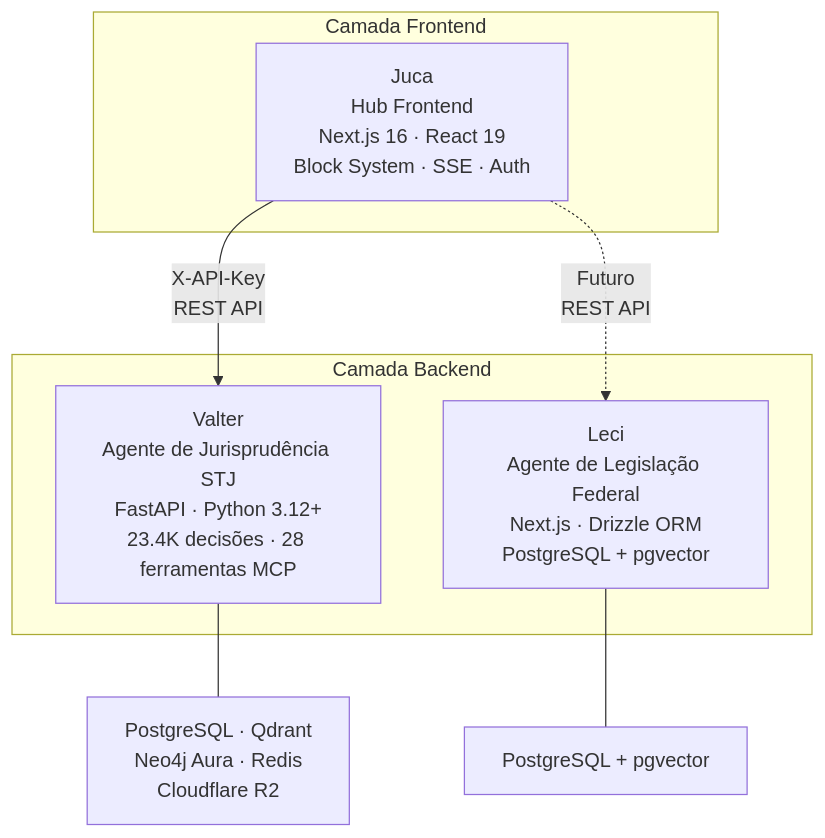
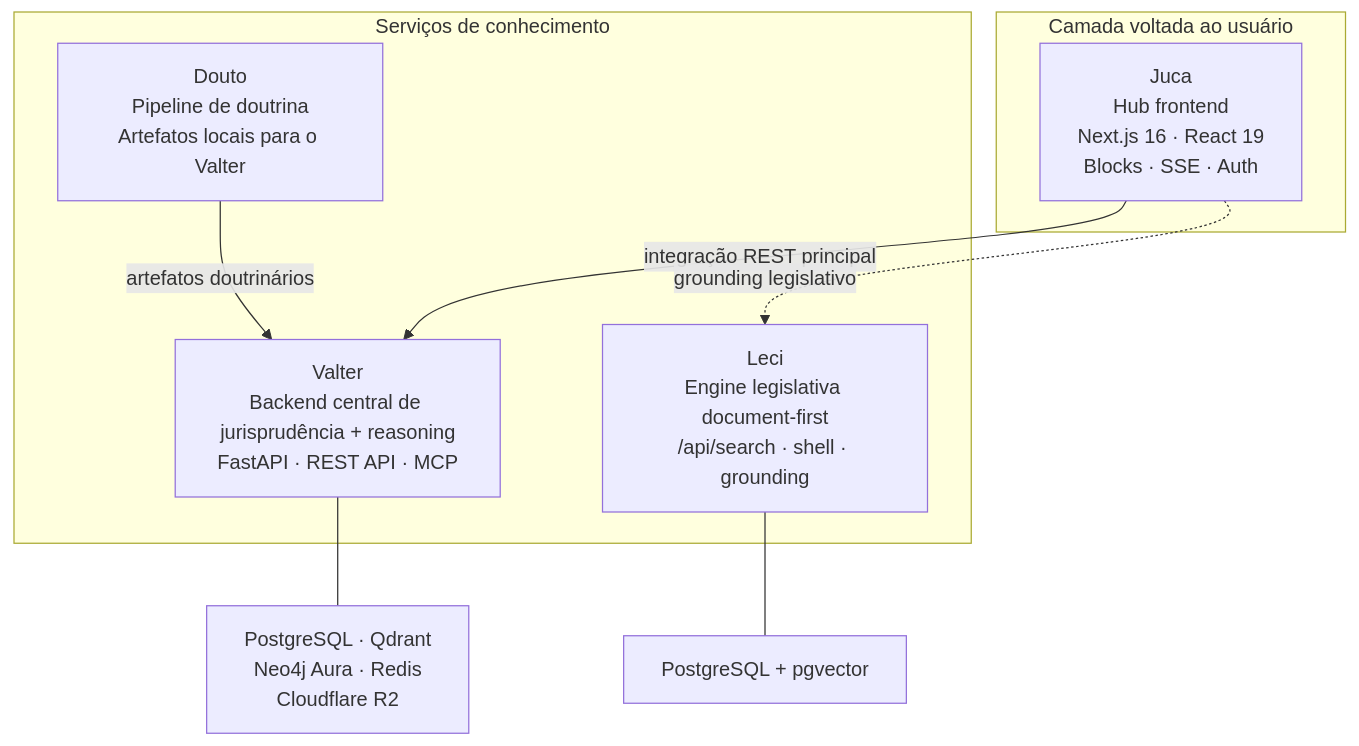
Before and after one commit to sensdiego/sens.legal: the diagram in sites/juca/src/content/docs/pt-br/architecture/ecosystem.md, drawn with Mermaid. The commit also changed other lines of this file and 57 other files, not shown here.

````diff
--- a/sites/juca/src/content/docs/pt-br/architecture/ecosystem.md
+++ b/sites/juca/src/content/docs/pt-br/architecture/ecosystem.md
@@ -15,16 +15,18 @@
 ```mermaid
 graph TB
-    subgraph "Camada Frontend"
-        Juca["Juca<br/>Hub Frontend<br/>Next.js 16 · React 19<br/>Block System · SSE · Auth"]
+    subgraph "Camada voltada ao usuário"
+        Juca["Juca<br/>Hub frontend<br/>Next.js 16 · React 19<br/>Blocks · SSE · Auth"]
     end
-    subgraph "Camada Backend"
-        Valter["Valter<br/>Agente de Jurisprudência STJ<br/>FastAPI · Python 3.12+<br/>23.4K decisões · 28 ferramentas MCP"]
-        Leci["Leci<br/>Agente de Legislação Federal<br/>Next.js · Drizzle ORM<br/>PostgreSQL + pgvector"]
+    subgraph "Serviços de conhecimento"
+        Valter["Valter<br/>Backend central de jurisprudência + reasoning<br/>FastAPI · REST API · MCP"]
+        Leci["Leci<br/>Engine legislativa document-first<br/>/api/search · shell · grounding"]
+        Douto["Douto<br/>Pipeline de doutrina<br/>Artefatos locais para o Valter"]
     end
 
-    Juca -->|"X-API-Key<br/>REST API"| Valter
-    Juca -.->|"Futuro<br/>REST API"| Leci
+    Juca -->|"integração REST principal"| Valter
+    Juca -.->|"grounding legislativo"| Leci
+    Douto -->|"artefatos doutrinários"| Valter
 
     Valter --- VDB["PostgreSQL · Qdrant<br/>Neo4j Aura · Redis<br/>Cloudflare R2"]
     Leci --- LDB["PostgreSQL + pgvector"]
 ```
````
